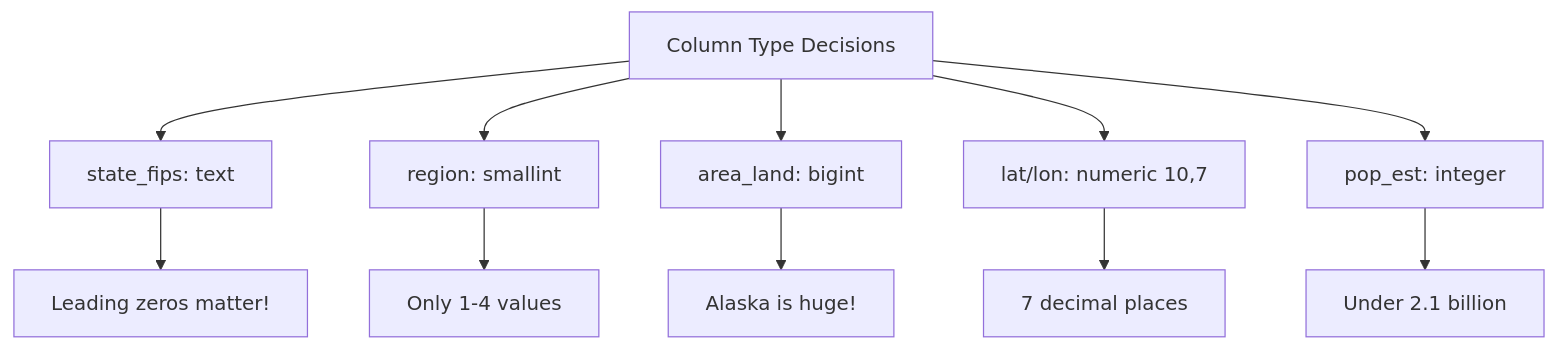
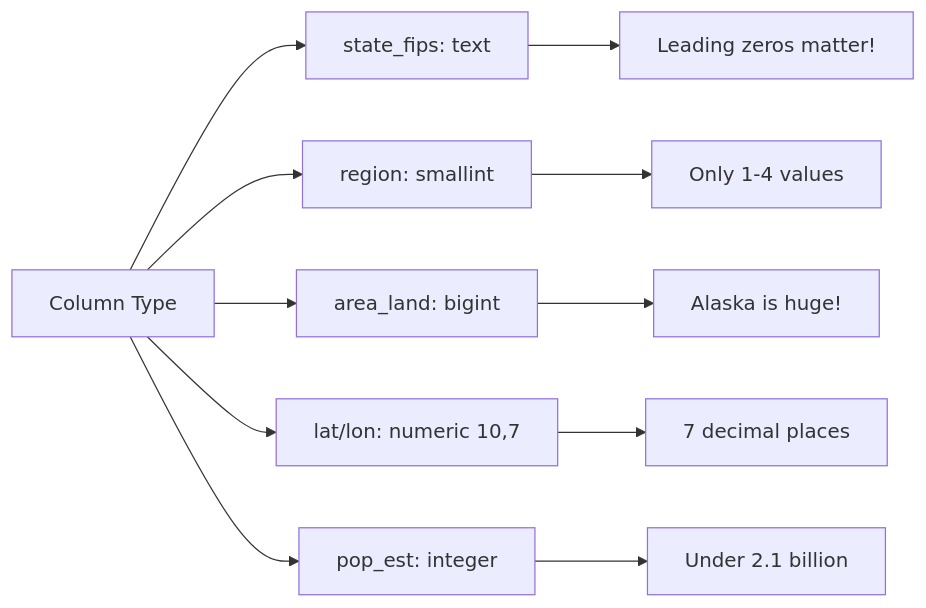
The fifth of 12 diagrams in Practical SQL/chap_5.md (Furba2/Obsidian), drawn with Mermaid before and after one commit. The commit also changed other lines of this file and 2 other files, not shown here.

````diff
--- a/Practical SQL/chap_5.md
+++ b/Practical SQL/chap_5.md
@@ -148,13 +105,13 @@
 ```mermaid
-flowchart TD
-    A[Column Type Decisions] --> B[state_fips: text]
+flowchart LR
+    A[Column Type] --> B[state_fips: text]
     A --> C[region: smallint]
     A --> D[area_land: bigint]
     A --> E[lat/lon: numeric 10,7]
     A --> F[pop_est: integer]
     B --> G[Leading zeros matter!]
     C --> H[Only 1-4 values]
     D --> I[Alaska is huge!]
     E --> J[7 decimal places]
     F --> K[Under 2.1 billion]
 ```
````
